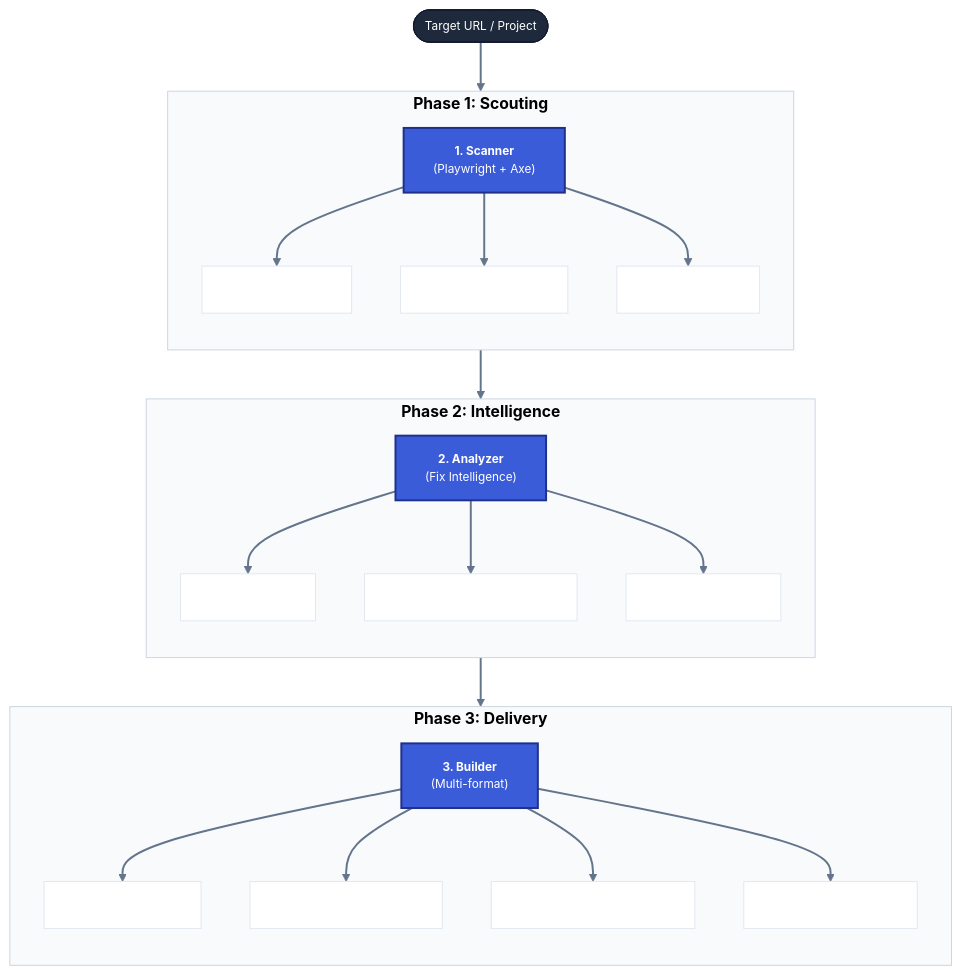
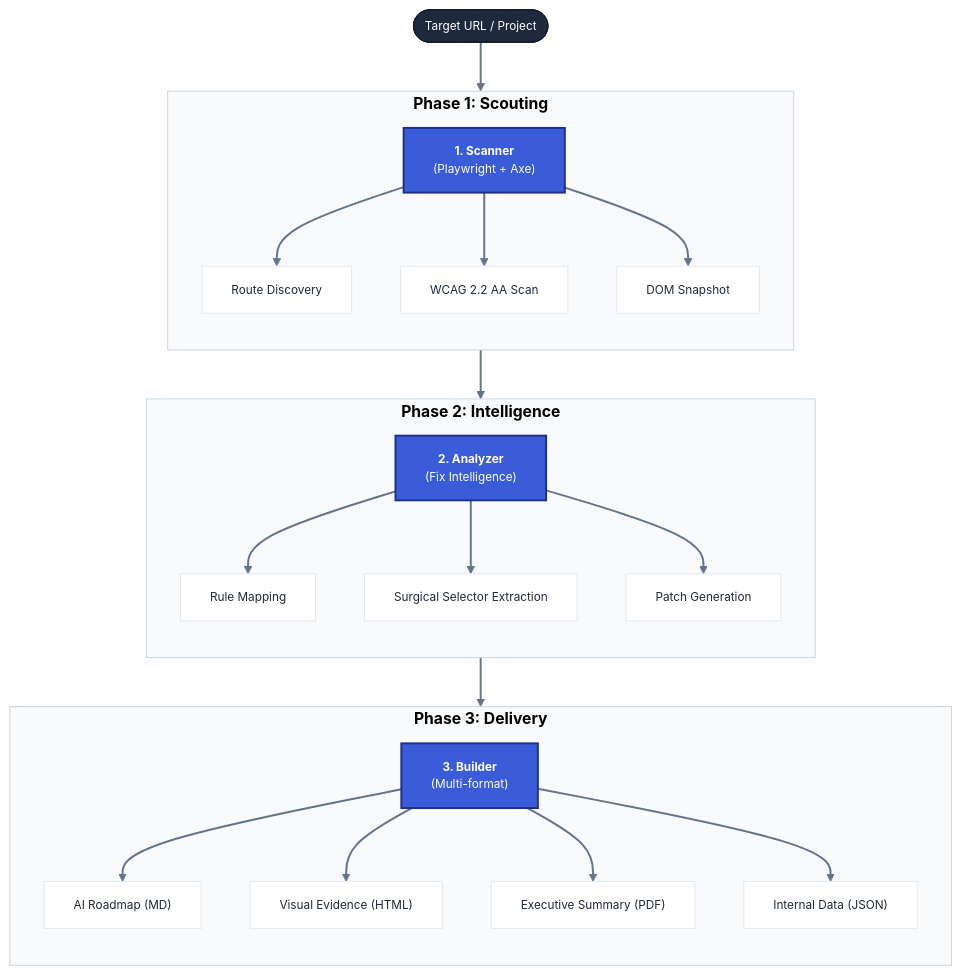
Before and after one commit to diegovelasquezweb/a11y-skill: the first of 2 diagrams in docs/architecture.md, drawn with Mermaid. The commit also changed other lines of this file, not shown here.

Commit message:
docs: adjust mermaid diagram theme variables to update primary, actor, and note text colors.

````diff
--- a/docs/architecture.md
+++ b/docs/architecture.md
@@ -17,45 +17,45 @@
 ```mermaid
-%%{init: { 'theme': 'base', 'themeVariables': { 'primaryColor': '#3b5cd9', 'primaryTextColor': '#fff', 'primaryBorderColor': '#1e308a', 'lineColor': '#64748b', 'secondaryColor': '#f1f5f9', 'tertiaryColor': '#fff', 'mainBkg': '#fff', 'nodeBorder': '#e2e8f0', 'clusterBkg': '#f8fafc', 'clusterBorder': '#cbd5e1' } } }%%
+%%{init: { 'theme': 'base', 'themeVariables': { 'primaryColor': '#3b5cd9', 'primaryTextColor': '#1e293b', 'primaryBorderColor': '#1e308a', 'lineColor': '#64748b', 'secondaryColor': '#f1f5f9', 'tertiaryColor': '#fff', 'mainBkg': '#fff', 'nodeBorder': '#e2e8f0', 'clusterBkg': '#f8fafc', 'clusterBorder': '#cbd5e1' } } }%%
 flowchart TD
     subgraph P1 ["Phase 1: Scouting"]
         direction TB
         B["<b>1. Scanner</b><br/>(Playwright + Axe)"]
         B1["Route Discovery"]
         B2["WCAG 2.2 AA Scan"]
         B3["DOM Snapshot"]
         B --> B1 & B2 & B3
     end
 
     subgraph P2 ["Phase 2: Intelligence"]
         direction TB
         C["<b>2. Analyzer</b><br/>(Fix Intelligence)"]
         C1["Rule Mapping"]
         C2["Surgical Selector Extraction"]
         C3["Patch Generation"]
         C --> C1 & C2 & C3
     end
 
     subgraph P3 ["Phase 3: Delivery"]
         direction TB
         D["<b>3. Builder</b><br/>(Multi-format)"]
         D1["AI Roadmap (MD)"]
         D2["Visual Evidence (HTML)"]
         D3["Executive Summary (PDF)"]
         D4["Internal Data (JSON)"]
         D --> D1 & D2 & D3 & D4
     end
 
     A(["Target URL / Project"]) --> P1
     P1 --> P2
     P2 --> P3
 
     linkStyle default stroke:#64748b,stroke-width:2px;
     classDef default font-family:Inter,sans-serif,font-size:12px;
     classDef phase font-weight:bold,fill:#f8fafc,stroke:#cbd5e1;
     classDef core fill:#3b5cd9,color:#fff,stroke:#1e308a,stroke-width:2px;
     classDef target fill:#1e293b,color:#fff,stroke:#0f172a;
 
     class P1,P2,P3 phase;
     class B,C,D core;
     class A target;
 ```
````
